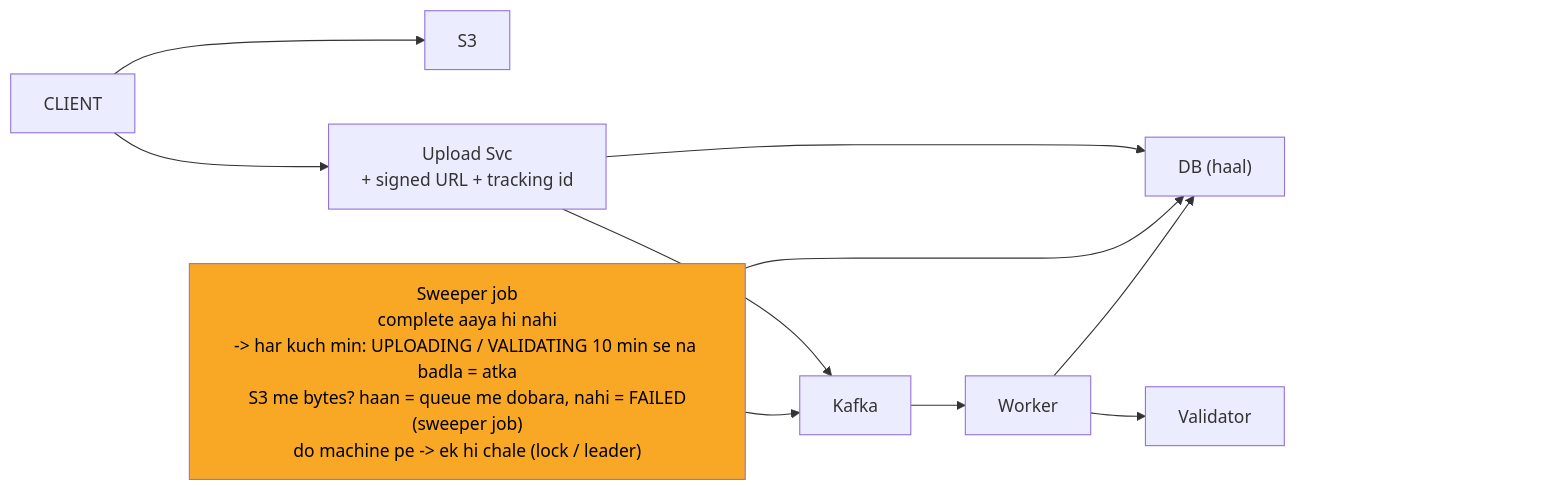
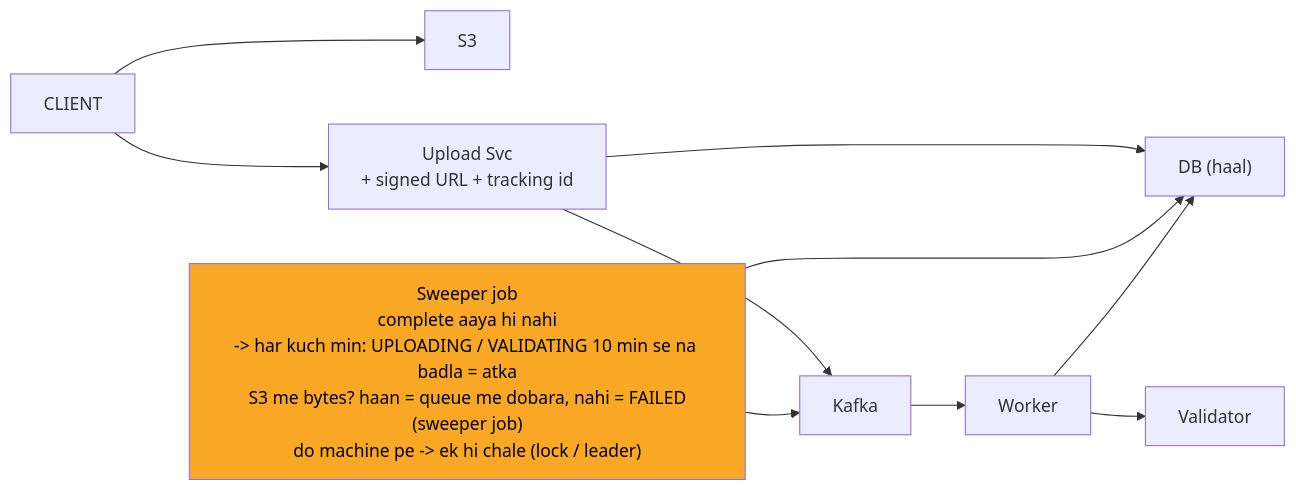
The fifth of 11 diagrams in 04_HLD/SYSTEM_DESIGNS/07_file_upload_validate_system/07_file_upload_INTERVIEW.md (ArpanMaheshwari144/Prep), drawn with Mermaid before and after one commit. The commit also changed other lines of this file and 182 other files, not shown here.

Commit message:
hld 14 file: har diagram mermaid-cli se SVG image (source details me), n_pad hataya, render tool 04_HLD/tools

````diff
--- a/04_HLD/SYSTEM_DESIGNS/07_file_upload_validate_system/07_file_upload_INTERVIEW.md
+++ b/04_HLD/SYSTEM_DESIGNS/07_file_upload_validate_system/07_file_upload_INTERVIEW.md
@@ -232,25 +252,22 @@
 ```mermaid
 %%{init: {"flowchart": {"wrappingWidth": 450}}}%%
 flowchart LR
     n_CLIENT["CLIENT"]
     n_S3["S3"]
     n_Upload_Svc["Upload Svc<br/>+ signed URL + tracking id"]
     n_DB["DB (haal)"]
     n_Sweeper_job["Sweeper job<br/>complete aaya hi nahi<br/>-> har kuch min: UPLOADING / VALIDATING 10 min se na badla = atka<br/>S3 me bytes? haan = queue me dobara, nahi = FAILED<br/>(sweeper job)<br/>do machine pe -> ek hi chale (lock / leader)"]
     n_Kafka["Kafka"]
     n_Worker["Worker"]
     n_Validator["Validator"]
     n_CLIENT --> n_S3
     n_CLIENT --> n_Upload_Svc
     n_Upload_Svc --> n_DB
     n_Upload_Svc --> n_Kafka
     n_Sweeper_job --> n_DB
     n_Sweeper_job --> n_Kafka
     n_Kafka --> n_Worker
     n_Worker --> n_Validator
     n_Worker --> n_DB
-    n_pad["xxxxxxxxxxxxxxxx"]
-    n_Validator ~~~ n_pad
     style n_Sweeper_job fill:#f9a825,color:#000
-    style n_pad fill:none,stroke:none,color:#ffffff00
 ```
````
